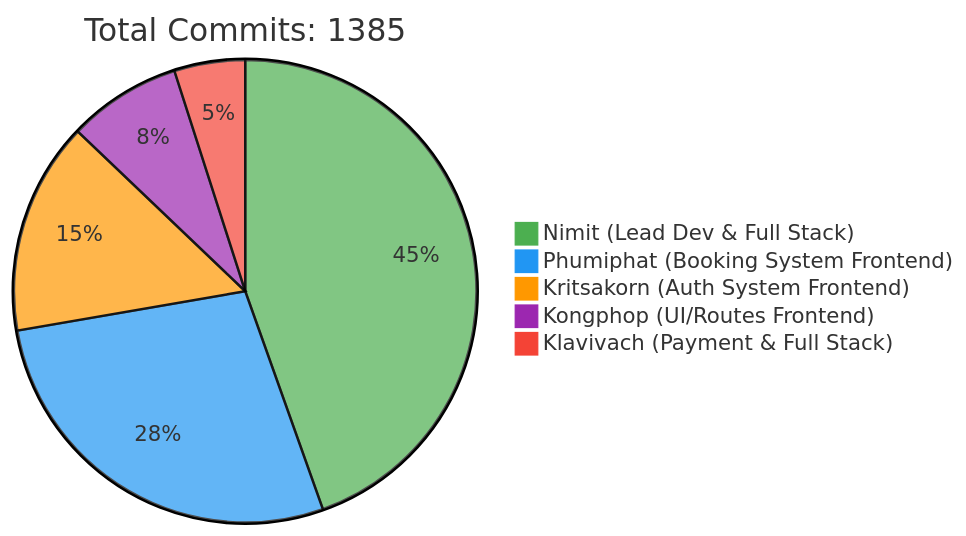
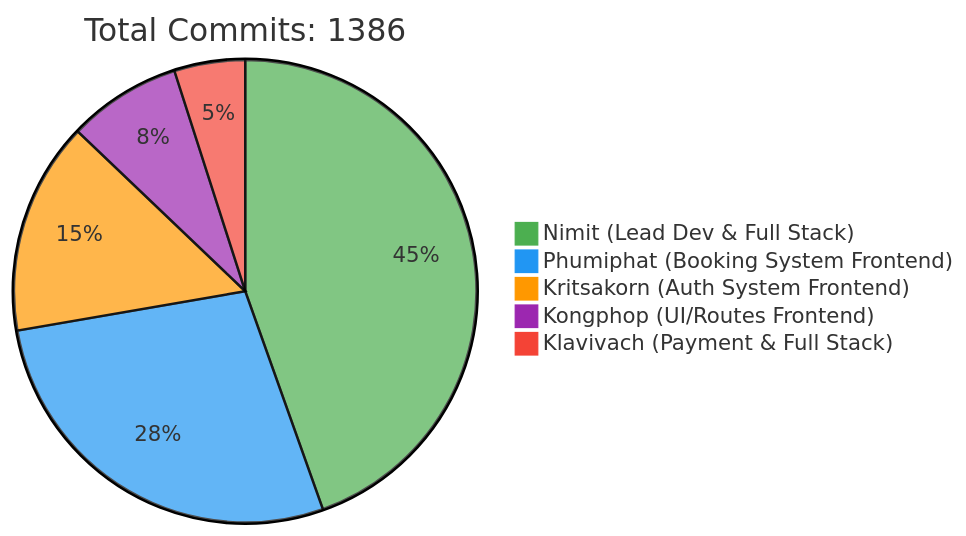
The first of 2 diagrams in README.md (6531503042/Sport-Complex), drawn with Mermaid before and after one commit. The commit also changed other lines of this file, not shown here.

Commit message:
docs: Update contributor statistics [skip ci]

````diff
--- a/README.md
+++ b/README.md
@@ -257,10 +257,10 @@
 ```mermaid
 %%{init: {'theme': 'base', 'themeVariables': { 'pie1': '#4CAF50', 'pie2': '#2196F3', 'pie3': '#FF9800', 'pie4': '#9C27B0', 'pie5': '#F44336'}}}%%
 pie
-    title Total Commits: 1385
+    title Total Commits: 1386
     "Nimit (Lead Dev & Full Stack)" : 450
     "Phumiphat (Booking System Frontend)" : 280
     "Kritsakorn (Auth System Frontend)" : 150
     "Kongphop (UI/Routes Frontend)" : 80
     "Klavivach (Payment & Full Stack)" : 50
 ```
````
